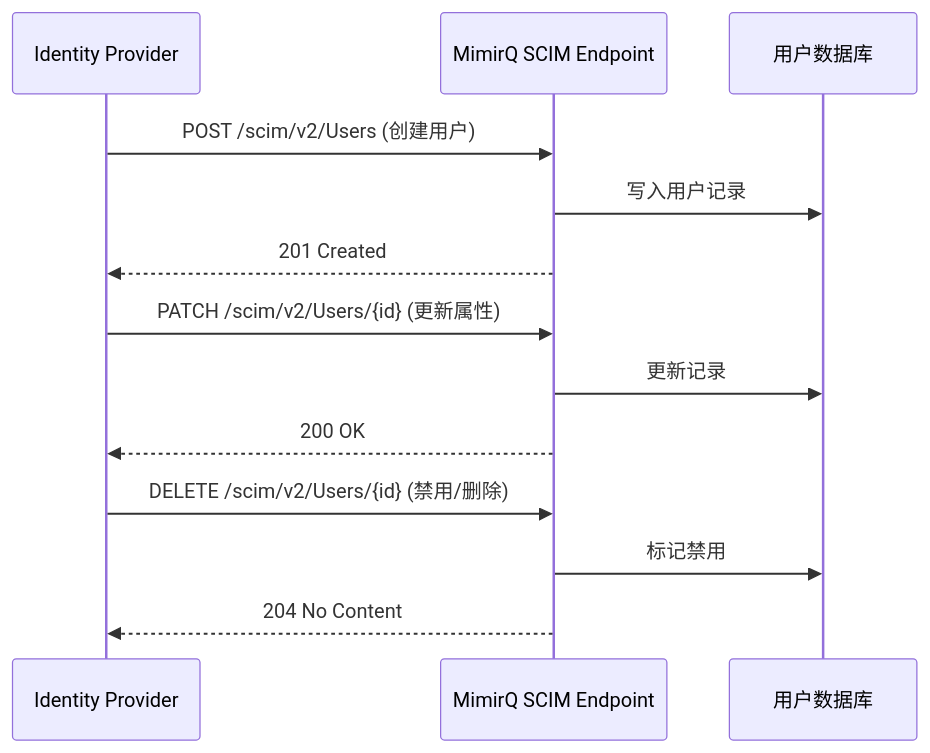
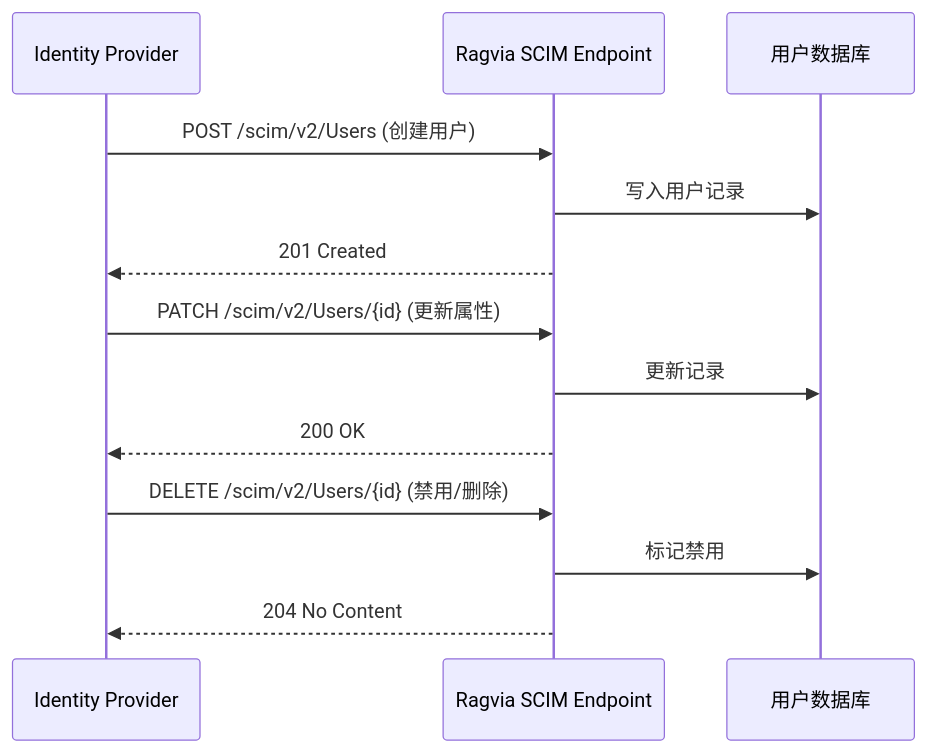
The diagram in docs-site/docs/integration/scenarios/s10-scim-sync.md (skygazer42/MimirQ), drawn with Mermaid before and after one commit. The commit also changed other lines of this file and 128 other files, not shown here.

````diff
--- a/docs-site/docs/integration/scenarios/s10-scim-sync.md
+++ b/docs-site/docs/integration/scenarios/s10-scim-sync.md
@@ -16,15 +16,15 @@
 ```mermaid
 sequenceDiagram
     participant IdP as Identity Provider
-    participant SCIM as MimirQ SCIM Endpoint
+    participant SCIM as Ragvia SCIM Endpoint
     participant DB as 用户数据库
     IdP->>SCIM: POST /scim/v2/Users (创建用户)
     SCIM->>DB: 写入用户记录
     SCIM-->>IdP: 201 Created
     IdP->>SCIM: PATCH /scim/v2/Users/{id} (更新属性)
     SCIM->>DB: 更新记录
     SCIM-->>IdP: 200 OK
     IdP->>SCIM: DELETE /scim/v2/Users/{id} (禁用/删除)
     SCIM->>DB: 标记禁用
     SCIM-->>IdP: 204 No Content
 ```
````
